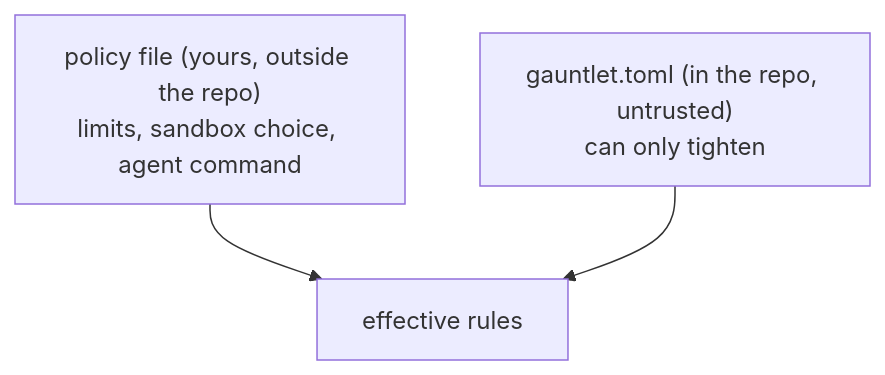
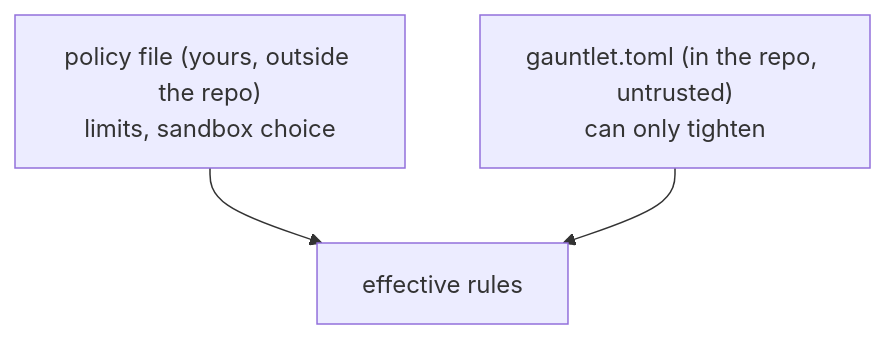
Before and after one commit to gajeshbhat/gauntlet: the third of 3 diagrams in docs/architecture.md, drawn with Mermaid. The commit also changed other lines of this file and 39 other files, not shown here.

````diff
--- a/docs/architecture.md
+++ b/docs/architecture.md
@@ -52,5 +52,5 @@
 ```mermaid
 flowchart TB
-    policy["policy file (yours, outside the repo)<br/>limits, sandbox choice, agent command"] --> eff["effective rules"]
+    policy["policy file (yours, outside the repo)<br/>limits, sandbox choice"] --> eff["effective rules"]
     repo["gauntlet.toml (in the repo, untrusted)<br/>can only tighten"] --> eff
 ```
````
